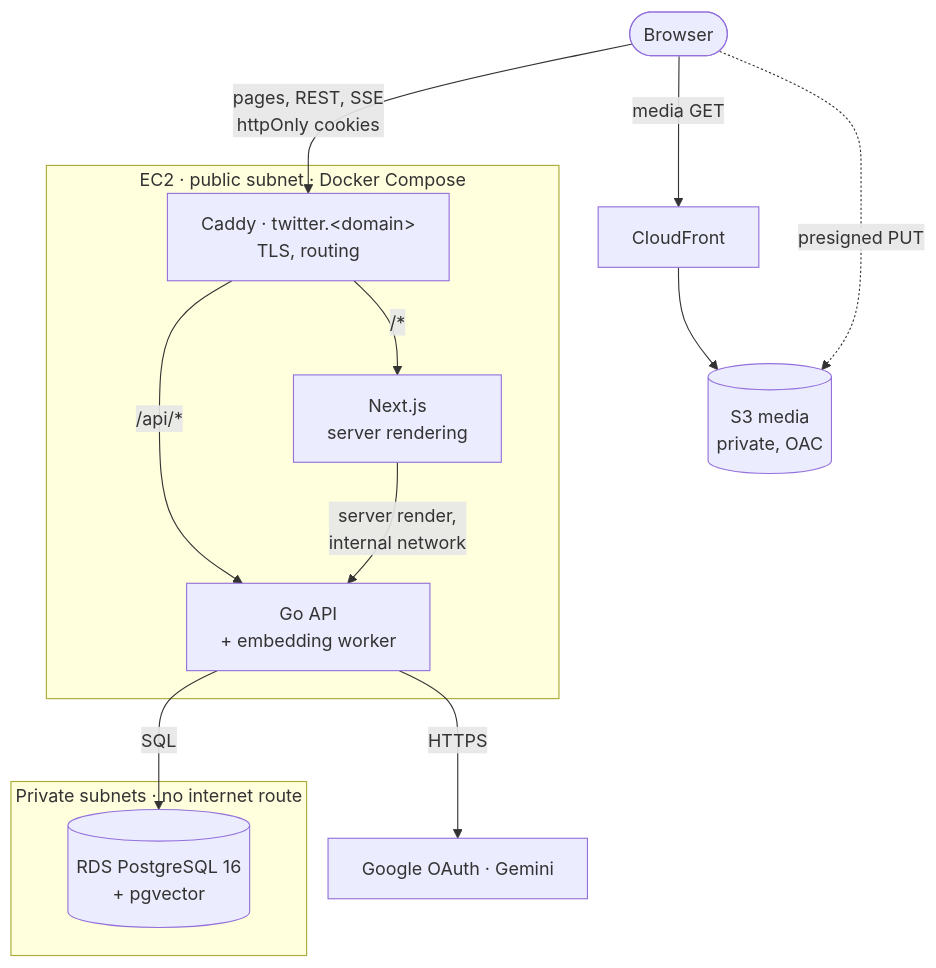
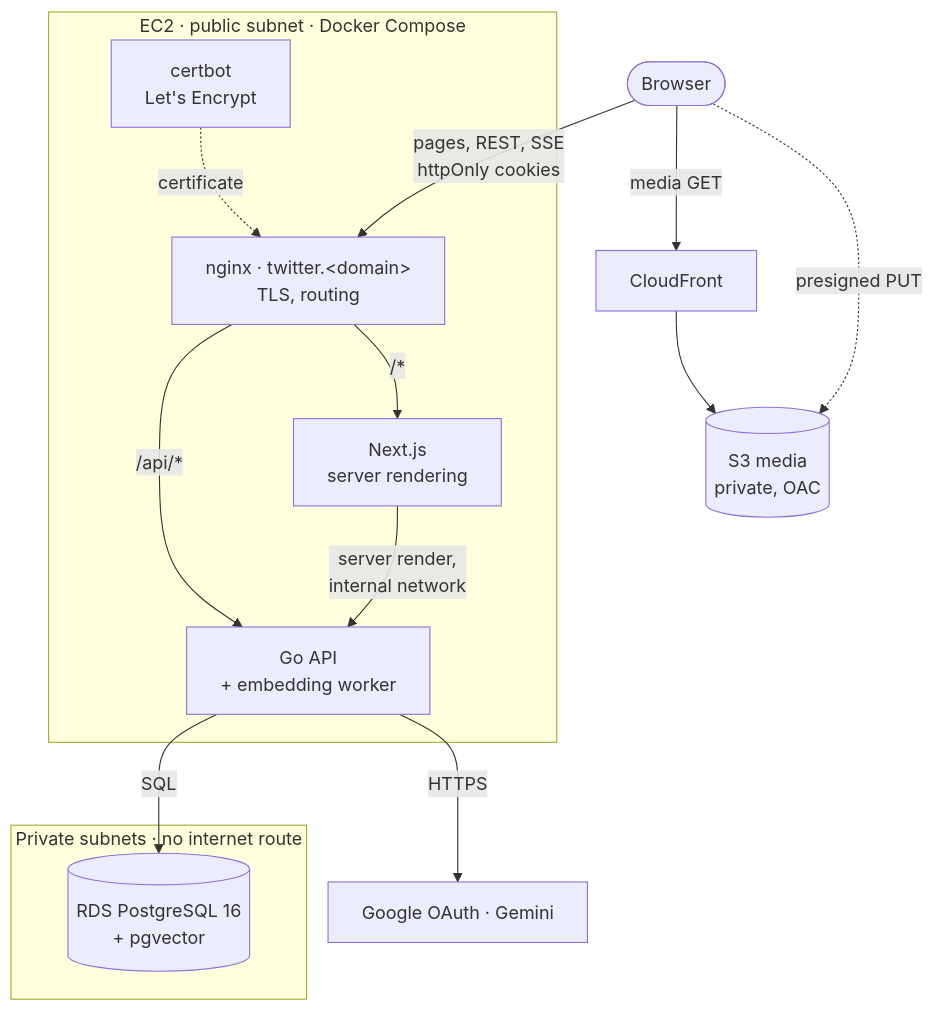
Before and after one commit to feifxi/twitter-clone: the first of 2 diagrams in README.md, drawn with Mermaid. The commit also changed other lines of this file and 46 other files, not shown here.

````diff
--- a/README.md
+++ b/README.md
@@ -37,26 +37,28 @@
 ```mermaid
 flowchart TB
   user(["Browser"])
   cf["CloudFront"]
   s3[("S3 media<br/>private, OAC")]
 
   subgraph ec2["EC2 · public subnet · Docker Compose"]
-    caddy["Caddy · twitter.&lt;domain&gt;<br/>TLS, routing"]
+    nginx["nginx · twitter.&lt;domain&gt;<br/>TLS, routing"]
+    certbot["certbot<br/>Let's Encrypt"]
     web["Next.js<br/>server rendering"]
     api["Go API<br/>+ embedding worker"]
-    caddy -- "/*" --> web
-    caddy -- "/api/*" --> api
+    nginx -- "/*" --> web
+    nginx -- "/api/*" --> api
+    certbot -. "certificate" .-> nginx
     web -- "server render,<br/>internal network" --> api
   end
 
   subgraph priv["Private subnets · no internet route"]
     rds[("RDS PostgreSQL 16<br/>+ pgvector")]
   end
   ext["Google OAuth · Gemini"]
 
-  user -- "pages, REST, SSE<br/>httpOnly cookies" --> caddy
+  user -- "pages, REST, SSE<br/>httpOnly cookies" --> nginx
   user -- "media GET" --> cf --> s3
   user -. "presigned PUT" .-> s3
   api -- SQL --> rds
   api -- HTTPS --> ext
 ```
````
